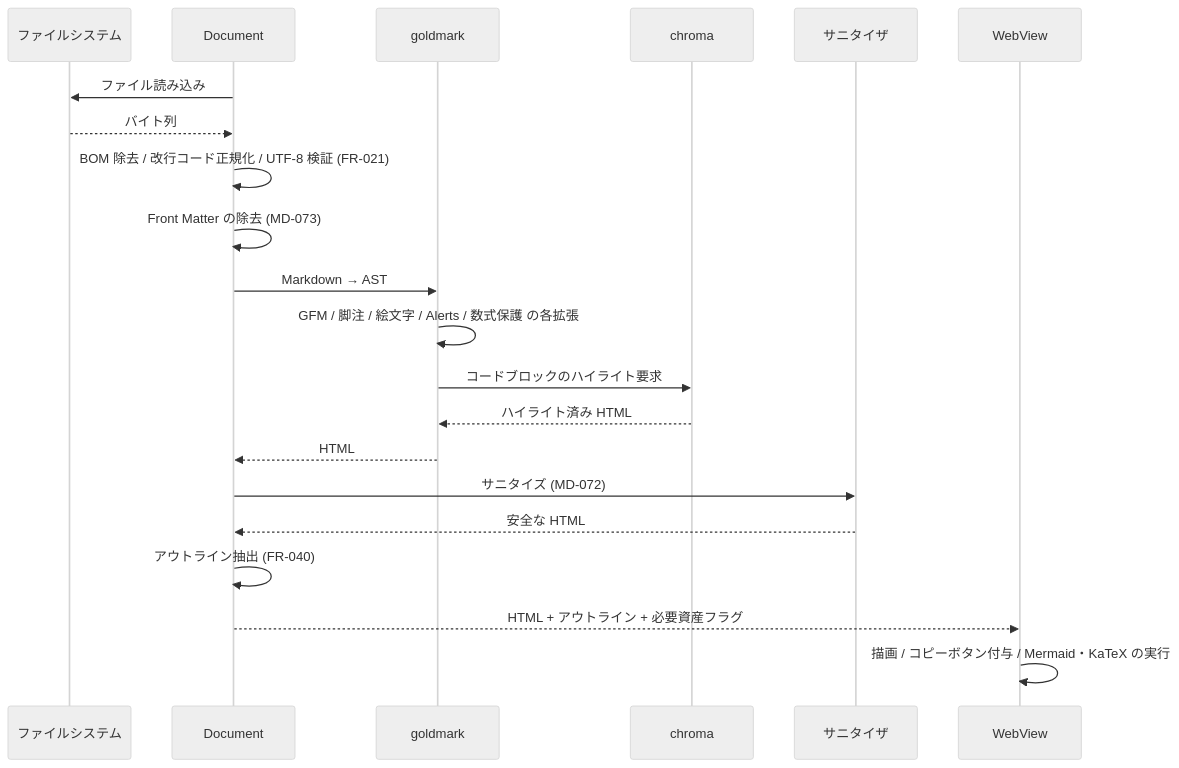
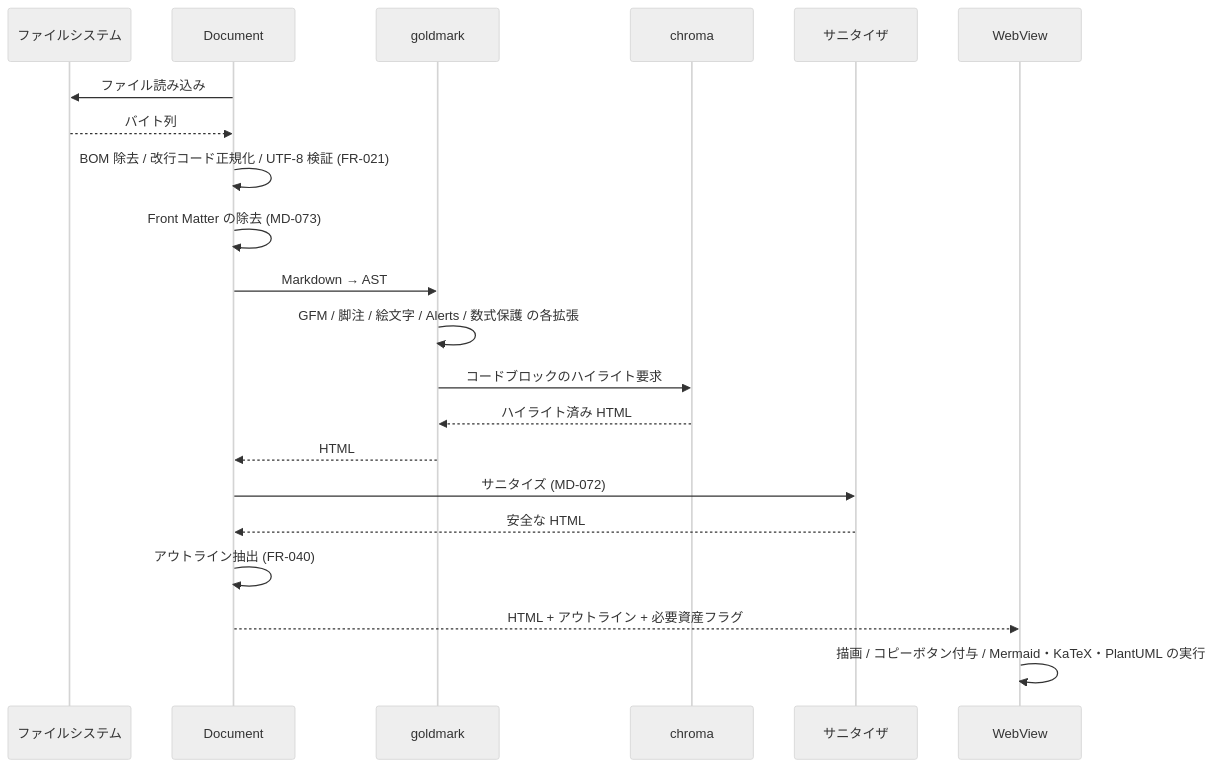
Before and after one commit to kznagamori/go_MarkView: the second of 3 diagrams in docs/specs/05-architecture.md, drawn with Mermaid (neutral theme). The commit also changed other lines of this file and 20 other files, not shown here.

First line of the commit message:
docs: 仕様へ PlantUML 対応を反映する（4.16.0）

````diff
--- a/docs/specs/05-architecture.md
+++ b/docs/specs/05-architecture.md
@@ -197,24 +204,24 @@
 ```mermaid
 sequenceDiagram
     participant FS as ファイルシステム
     participant DOC as Document
     participant GM as goldmark
     participant CH as chroma
     participant SAN as サニタイザ
     participant FE as WebView
 
     DOC->>FS: ファイル読み込み
     FS-->>DOC: バイト列
     DOC->>DOC: BOM 除去 / 改行コード正規化 / UTF-8 検証 (FR-021)
     DOC->>DOC: Front Matter の除去 (MD-073)
     DOC->>GM: Markdown → AST
     GM->>GM: GFM / 脚注 / 絵文字 / Alerts / 数式保護 の各拡張
     GM->>CH: コードブロックのハイライト要求
     CH-->>GM: ハイライト済み HTML
     GM-->>DOC: HTML
     DOC->>SAN: サニタイズ (MD-072)
     SAN-->>DOC: 安全な HTML
     DOC->>DOC: アウトライン抽出 (FR-040)
     DOC-->>FE: HTML + アウトライン + 必要資産フラグ
-    FE->>FE: 描画 / コピーボタン付与 / Mermaid・KaTeX の実行
+    FE->>FE: 描画 / コピーボタン付与 / Mermaid・KaTeX・PlantUML の実行
 ```
````
